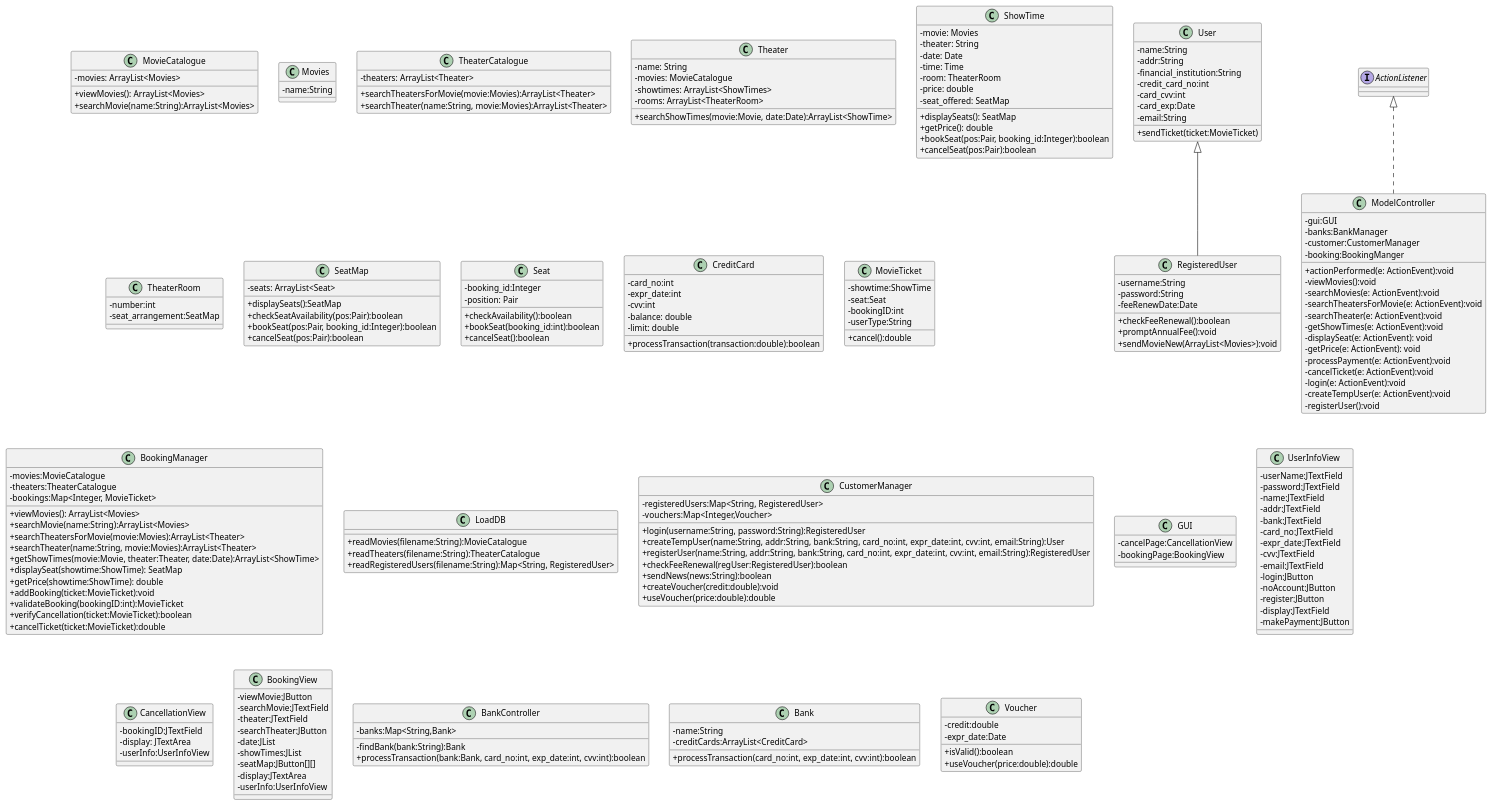
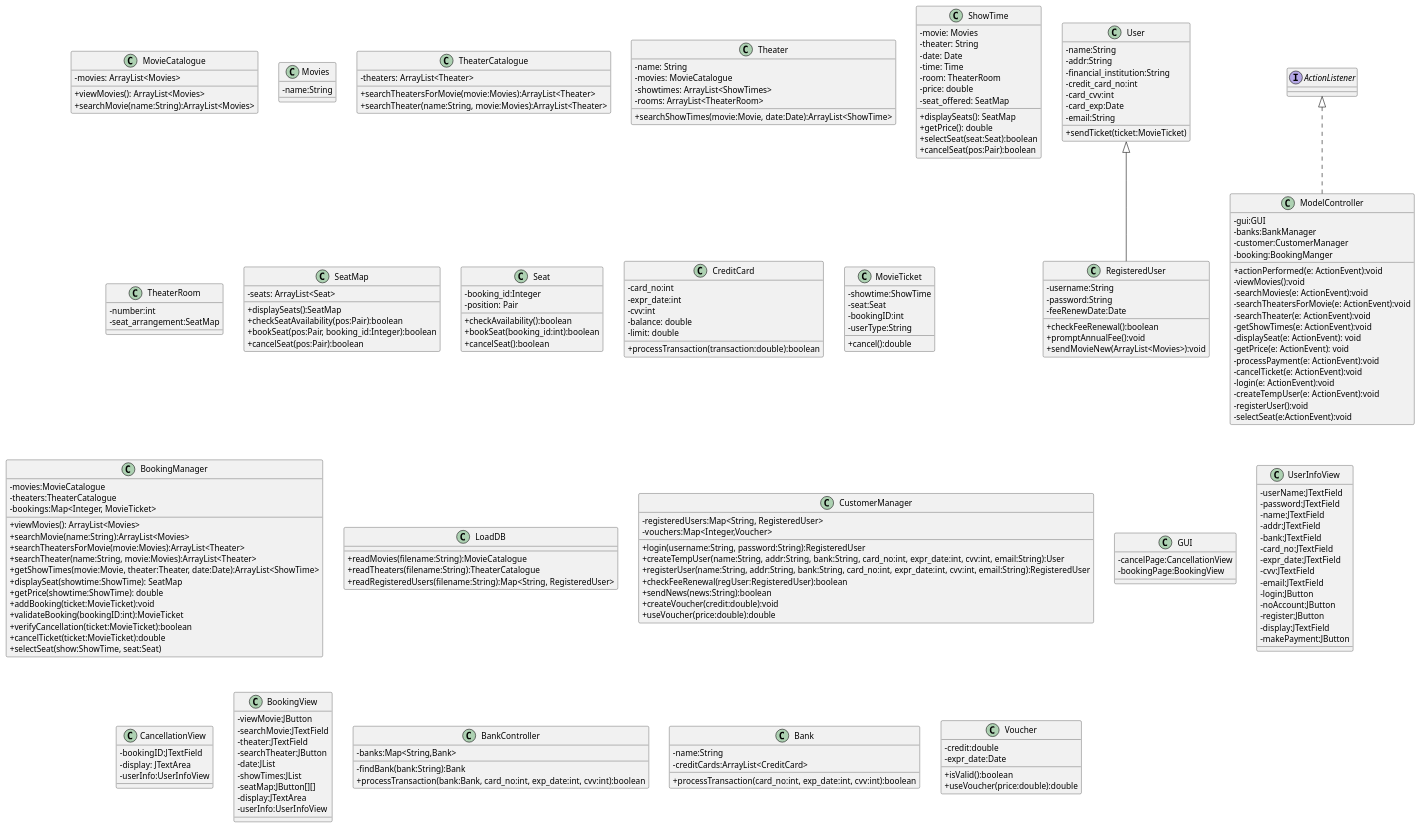
The diagram in ClassDiagram.plantuml (tongxu95/ENSF619_Project), drawn with PlantUML before and after one commit. The commit also changed 1 other file, not shown here.

Commit message:
Updated SelectSeat and UML

```diff
--- a/ClassDiagram.plantuml
+++ b/ClassDiagram.plantuml
@@ -36,7 +36,7 @@
     - seat_offered: SeatMap
     + displaySeats(): SeatMap
     + getPrice(): double
-    + bookSeat(pos:Pair, booking_id:Integer):boolean
+    + selectSeat(seat:Seat):boolean
     + cancelSeat(pos:Pair):boolean
 }
 
@@ -113,6 +113,7 @@
     + validateBooking(bookingID:int):MovieTicket
     + verifyCancellation(ticket:MovieTicket):boolean
     + cancelTicket(ticket:MovieTicket):double
+    + selectSeat(show:ShowTime, seat:Seat)
 }
 
 class LoadDB {
@@ -151,6 +152,7 @@
     - login(e: ActionEvent):void
     - createTempUser(e: ActionEvent):void
     - registerUser():void
+    - selectSeat(e:ActionEvent):void
 }
 
 class GUI {
```
